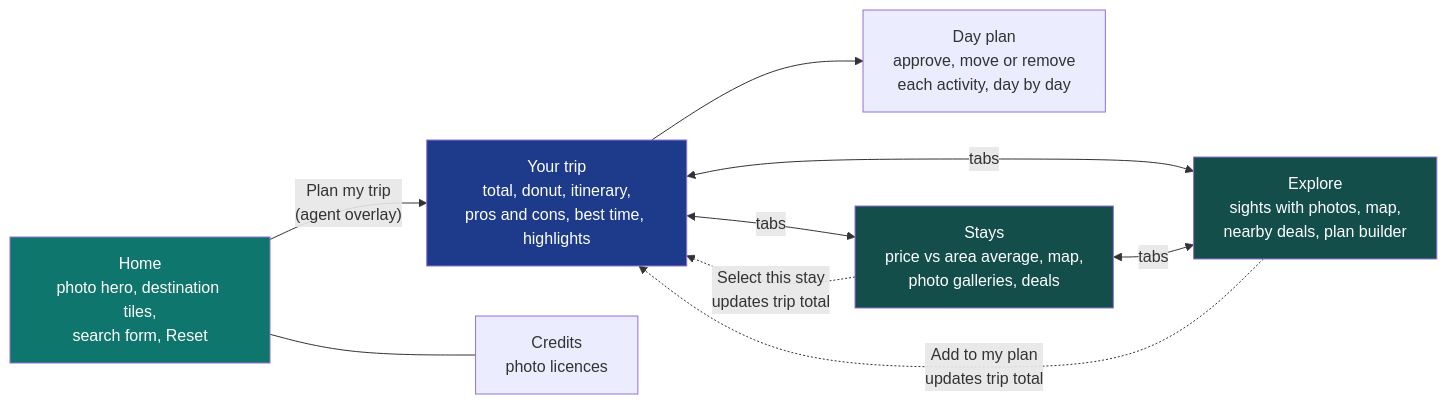
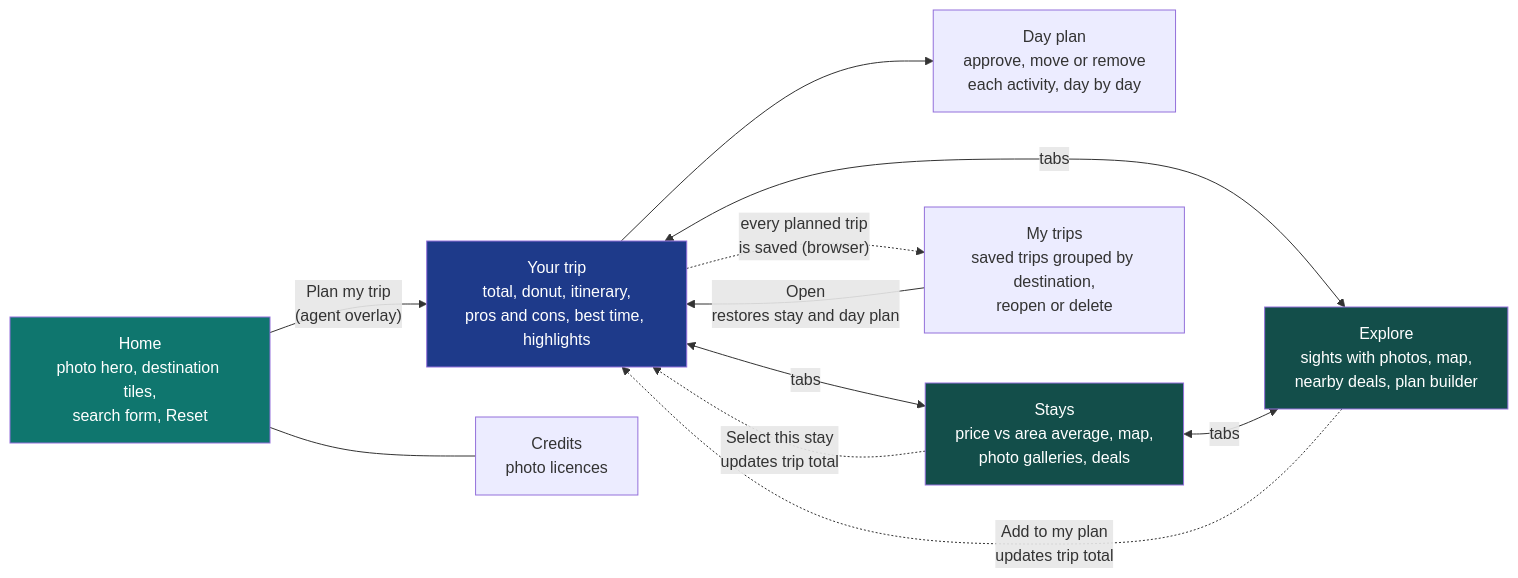
Before and after one commit to roybrand/travelAgentAI: the first of 4 diagrams in docs/04-frontend-and-visual-experience.md, drawn with Mermaid. The commit also changed other lines of this file and 20 other files, not shown here.

First line of the commit message:
Add saved trips, day-plan time slots, and photos for activities and places

````diff
--- a/docs/04-frontend-and-visual-experience.md
+++ b/docs/04-frontend-and-visual-experience.md
@@ -24,21 +24,24 @@
 ```mermaid
 flowchart LR
     H["Home<br/>photo hero, destination tiles,<br/>search form, Reset"] -->|"Plan my trip<br/>(agent overlay)"| T
     T --> DP["Day plan<br/>approve, move or remove<br/>each activity, day by day"]
     T["Your trip<br/>total, donut, itinerary,<br/>pros and cons, best time, highlights"]
     S["Stays<br/>price vs area average, map,<br/>photo galleries, deals"]
     E["Explore<br/>sights with photos, map,<br/>nearby deals, plan builder"]
     C["Credits<br/>photo licences"]
+    MT["My trips<br/>saved trips grouped by destination,<br/>reopen or delete"]
 
     T <-->|tabs| S
     T <-->|tabs| E
     S <-->|tabs| E
     S -. "Select this stay<br/>updates trip total" .-> T
     E -. "Add to my plan<br/>updates trip total" .-> T
     H --- C
+    T -. "every planned trip<br/>is saved (browser)" .-> MT
+    MT -->|"Open<br/>restores stay and day plan"| T
 
     style H fill:#0f766e,color:#fff
     style T fill:#1e3a8a,color:#fff
     style S fill:#134e4a,color:#fff
     style E fill:#134e4a,color:#fff
 ```
````
